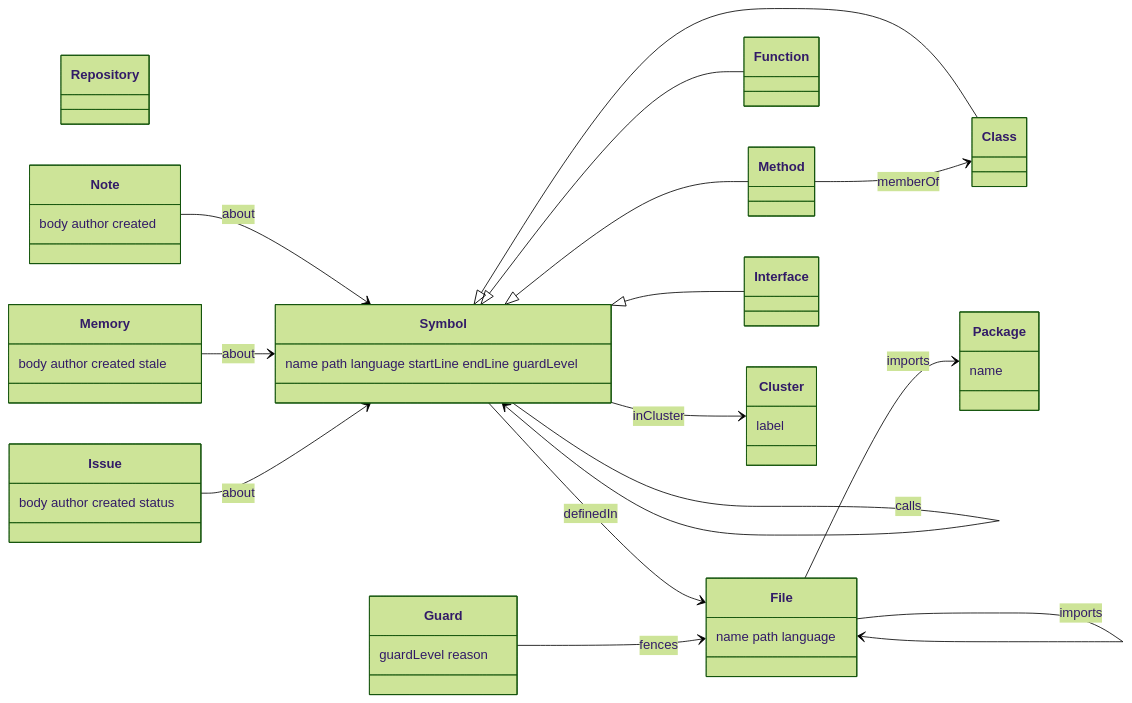
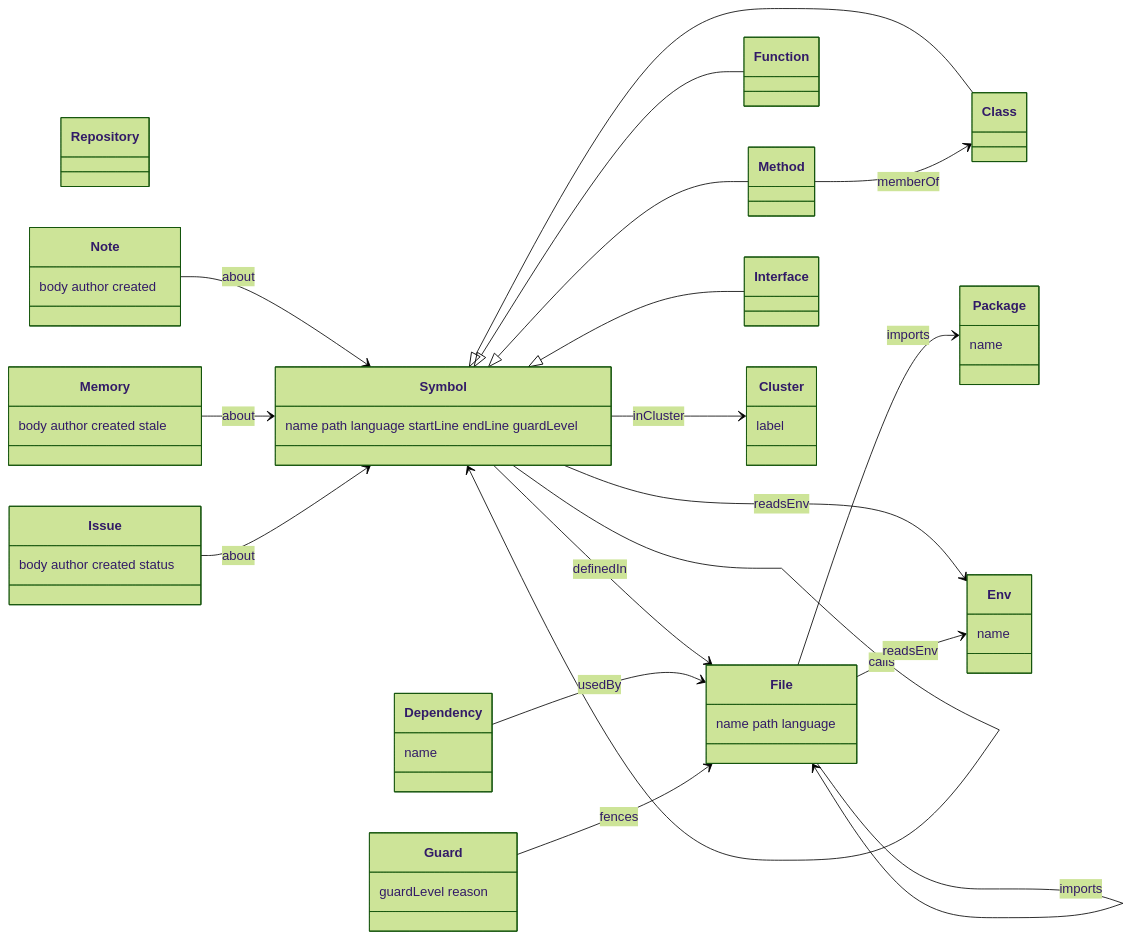
One commit to A12N4V/kula changed the diagram in docs/KNOWLEDGE-GRAPH.md. Above: the diagram before and after it, drawn with Mermaid (forest theme). The commit also changed other lines of this file and 12 other files, not shown here.

````diff
--- a/docs/KNOWLEDGE-GRAPH.md
+++ b/docs/KNOWLEDGE-GRAPH.md
@@ -35,31 +37,36 @@
 ```mermaid
 classDiagram
     direction LR
     class Repository
     class File { name path language }
     class Symbol { name path language startLine endLine guardLevel }
     class Function
     class Method
     class Class
     class Interface
     class Package { name }
+    class Dependency { name }
+    class Env { name }
     class Cluster { label }
     class Note { body author created }
     class Memory { body author created stale }
     class Issue { body author created status }
     class Guard { guardLevel reason }
     Symbol <|-- Function
     Symbol <|-- Method
     Symbol <|-- Class
     Symbol <|-- Interface
     Symbol --> File : definedIn
     Method --> Class : memberOf
     Symbol --> Symbol : calls
     File --> File : imports
     File --> Package : imports
+    Dependency --> File : usedBy
+    Symbol --> Env : readsEnv
+    File --> Env : readsEnv
     Symbol --> Cluster : inCluster
     Note --> Symbol : about
     Memory --> Symbol : about
     Issue --> Symbol : about
     Guard --> File : fences
 ```
````
